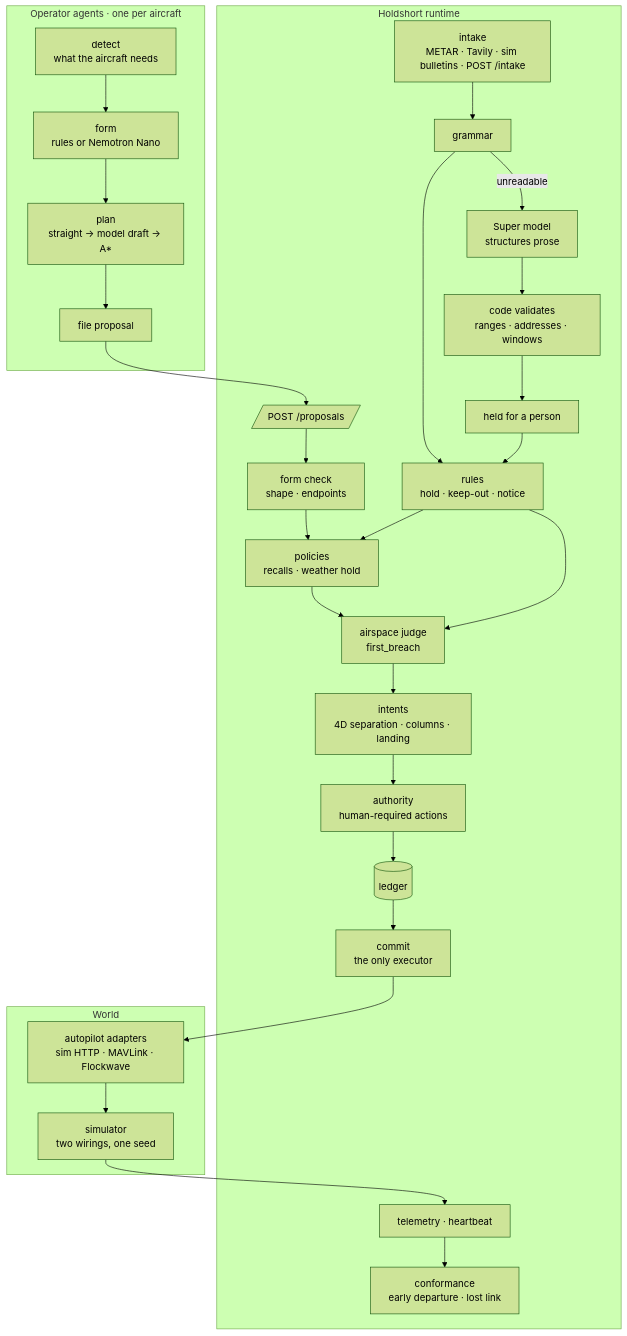
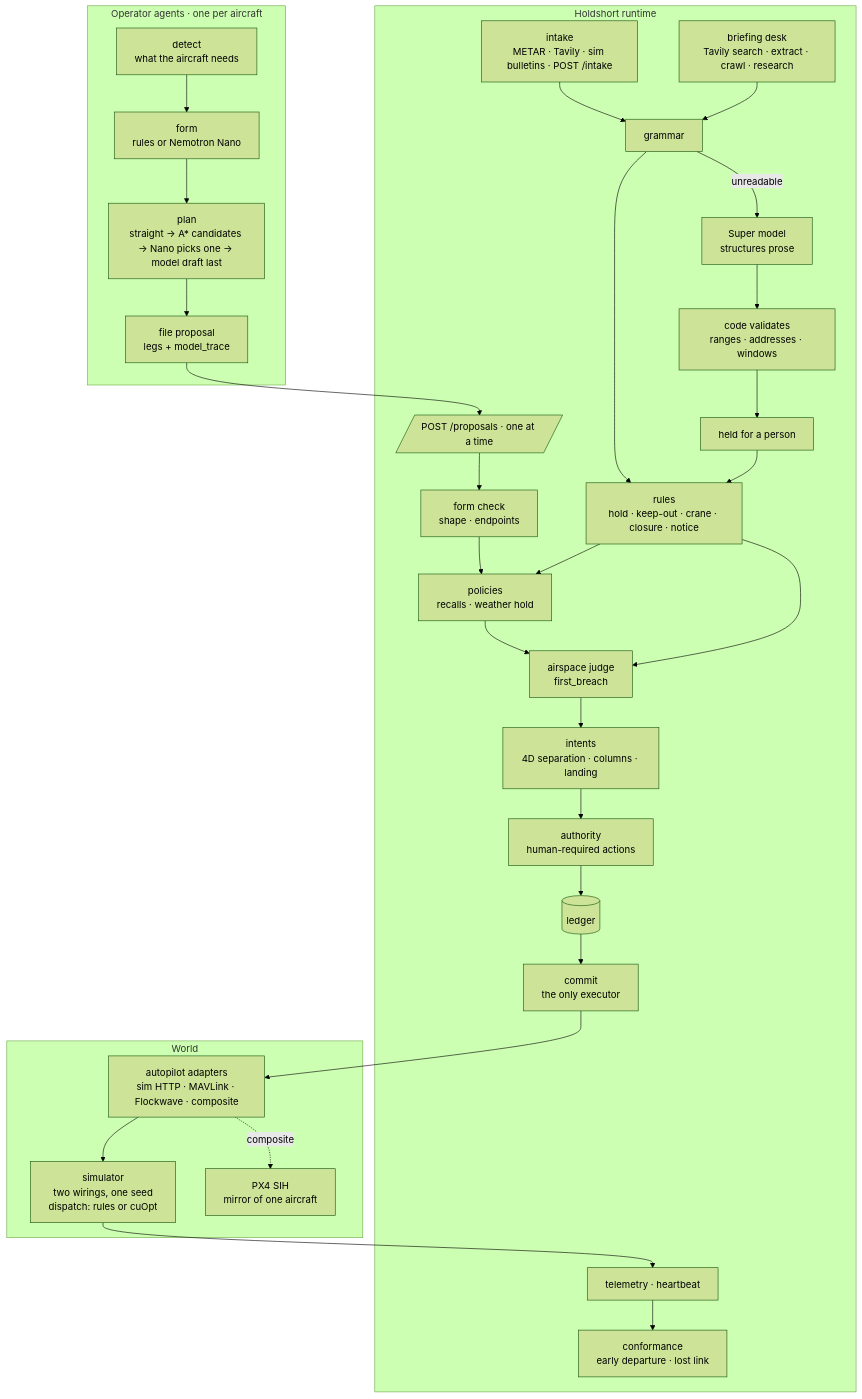
One commit to liebertar/attache changed the first of 2 diagrams in ARCHITECTURE.md. Above: the diagram before and after it, drawn with Mermaid (forest theme). The commit also changed other lines of this file and 8 other files, not shown here.

First line of the commit message:
docs(readme): route choice, PX4 mirror, briefing and seed-7 scoreboard

````diff
--- a/ARCHITECTURE.md
+++ b/ARCHITECTURE.md
@@ -6,34 +6,37 @@
 ```mermaid
 flowchart TB
     subgraph agents [Operator agents · one per aircraft]
         D[detect<br/>what the aircraft needs] --> F[form<br/>rules or Nemotron Nano]
-        F --> P[plan<br/>straight → model draft → A*]
-        P --> FILE[file proposal]
+        F --> P[plan<br/>straight → A* candidates → Nano picks one → model draft last]
+        P --> FILE[file proposal<br/>legs + model_trace]
     end
     subgraph runtime [Holdshort runtime]
-        IN[/POST /proposals/] --> FORM[form check<br/>shape · endpoints]
+        IN[/POST /proposals · one at a time/] --> FORM[form check<br/>shape · endpoints]
         FORM --> POL[policies<br/>recalls · weather hold]
         POL --> AIR[airspace judge<br/>first_breach]
         AIR --> INT[intents<br/>4D separation · columns · landing]
         INT --> AUTH[authority<br/>human-required actions]
         AUTH --> LED[(ledger)]
         LED --> COMMIT[commit<br/>the only executor]
         TEL[telemetry · heartbeat] --> CONF[conformance<br/>early departure · lost link]
         INTAKE[intake<br/>METAR · Tavily · sim bulletins · POST /intake] --> GRAM[grammar]
+        BRIEF[briefing desk<br/>Tavily search · extract · crawl · research] --> GRAM
         GRAM -- unreadable --> SUP[Super model<br/>structures prose]
         SUP --> VAL[code validates<br/>ranges · addresses · windows]
-        GRAM --> RULES[rules<br/>hold · keep-out · notice]
+        GRAM --> RULES[rules<br/>hold · keep-out · crane · closure · notice]
         VAL --> HOLD[held for a person]
         HOLD --> RULES
         RULES --> POL
         RULES --> AIR
     end
     subgraph world [World]
-        AP[autopilot adapters<br/>sim HTTP · MAVLink · Flockwave]
-        SIM[simulator<br/>two wirings, one seed]
+        AP[autopilot adapters<br/>sim HTTP · MAVLink · Flockwave · composite]
+        SIM[simulator<br/>two wirings, one seed<br/>dispatch: rules or cuOpt]
+        PX4[PX4 SIH<br/>mirror of one aircraft]
     end
     FILE --> IN
     COMMIT --> AP
     AP --> SIM
+    AP -. composite .-> PX4
     SIM --> TEL
 ```
````
